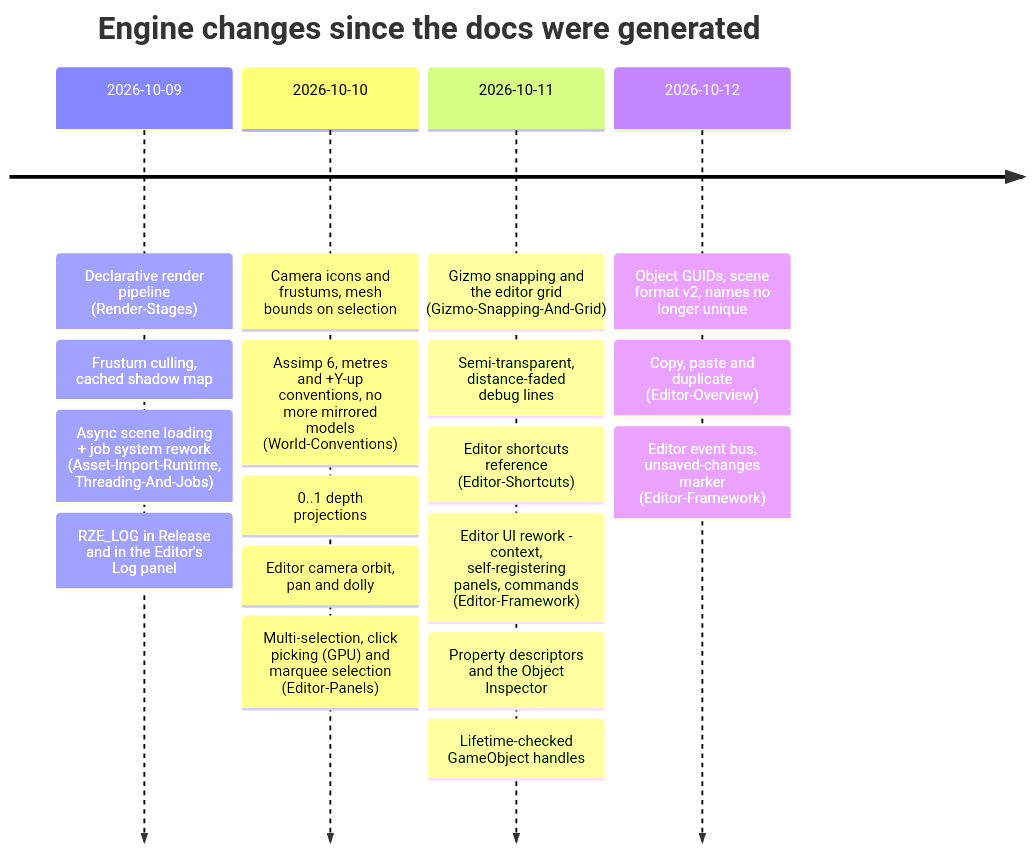
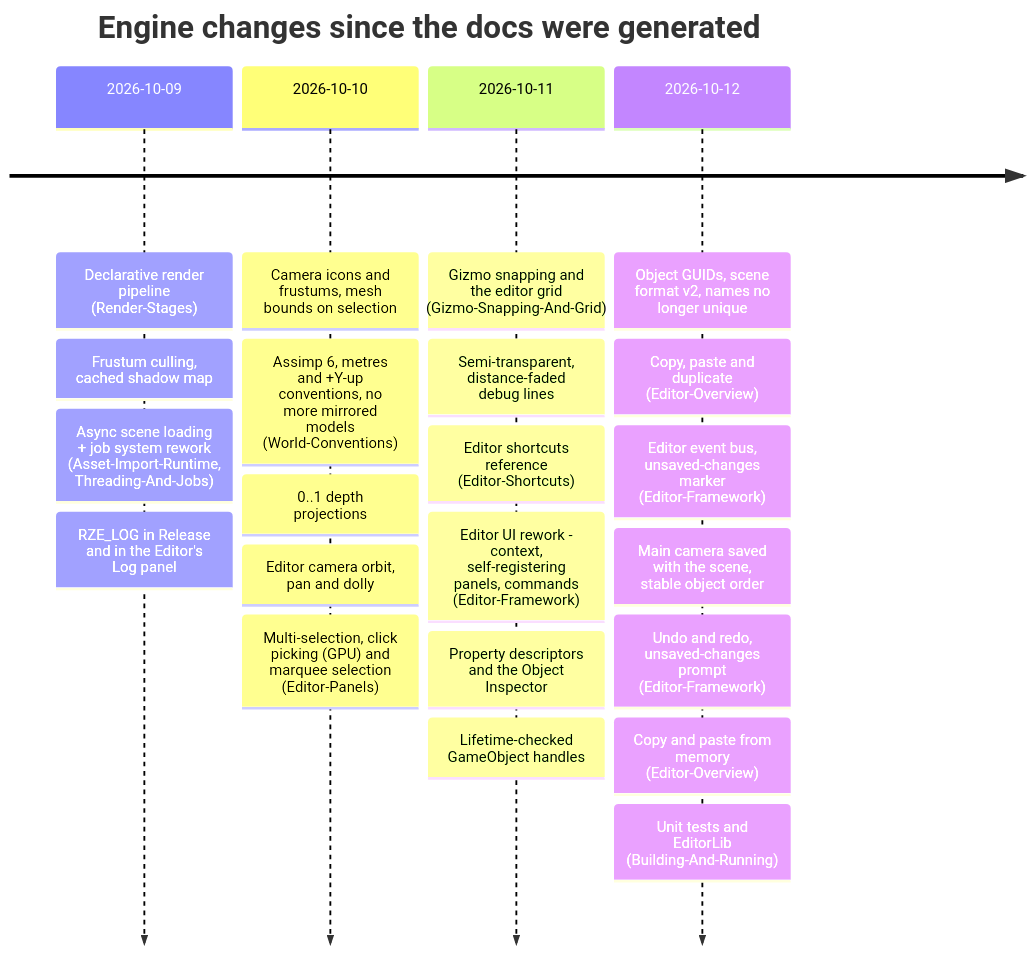
Before and after one commit to b1nary0/RZE: the third of 3 diagrams in Docs/Generated/Engine/index.md, drawn with Mermaid. The commit also changed other lines of this file and 19 other files, not shown here.

````diff
--- a/Docs/Generated/Engine/index.md
+++ b/Docs/Generated/Engine/index.md
@@ -86,22 +90,26 @@
 ```mermaid
 timeline
     title Engine changes since the docs were generated
     2026-10-09 : Declarative render pipeline (Render-Stages)
                : Frustum culling, cached shadow map
                : Async scene loading + job system rework (Asset-Import-Runtime, Threading-And-Jobs)
                : RZE_LOG in Release and in the Editor's Log panel
     2026-10-10 : Camera icons and frustums, mesh bounds on selection
                : Assimp 6, metres and +Y-up conventions, no more mirrored models (World-Conventions)
                : 0..1 depth projections
                : Editor camera orbit, pan and dolly
                : Multi-selection, click picking (GPU) and marquee selection (Editor-Panels)
     2026-10-11 : Gizmo snapping and the editor grid (Gizmo-Snapping-And-Grid)
                : Semi-transparent, distance-faded debug lines
                : Editor shortcuts reference (Editor-Shortcuts)
                : Editor UI rework - context, self-registering panels, commands (Editor-Framework)
                : Property descriptors and the Object Inspector
                : Lifetime-checked GameObject handles
     2026-10-12 : Object GUIDs, scene format v2, names no longer unique
                : Copy, paste and duplicate (Editor-Overview)
                : Editor event bus, unsaved-changes marker (Editor-Framework)
+               : Main camera saved with the scene, stable object order
+               : Undo and redo, unsaved-changes prompt (Editor-Framework)
+               : Copy and paste from memory (Editor-Overview)
+               : Unit tests and EditorLib (Building-And-Running)
 ```
````
